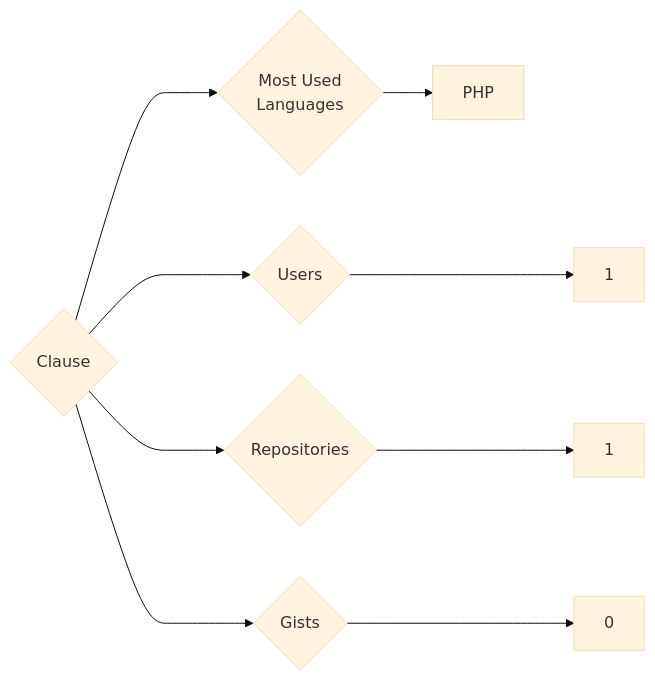
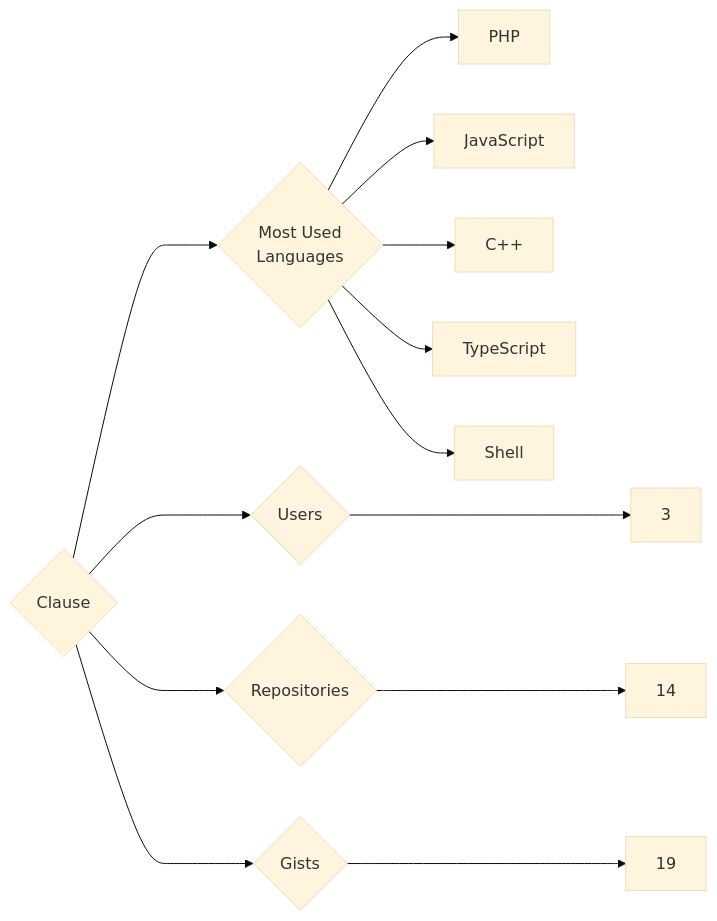
One commit to trickest/insiders changed the diagram in targets/Clause/README.md. Above: the diagram before and after it, drawn with Mermaid (base theme). The commit also changed 951 other files, not shown here.

````diff
--- a/targets/Clause/README.md
+++ b/targets/Clause/README.md
@@ -3,9 +3,13 @@
 ```mermaid
 graph LR
 COMPANY_NAME{Clause}
-COMPANY_NAME ---> U{Users} ---> UN[1]
-COMPANY_NAME ---> R{Repositories} ---> RN[1]
-COMPANY_NAME ---> G{Gists} ---> GN[0]
+COMPANY_NAME ---> U{Users} ---> UN[3]
+COMPANY_NAME ---> R{Repositories} ---> RN[14]
+COMPANY_NAME ---> G{Gists} ---> GN[19]
 COMPANY_NAME ---> ML{Most Used<br>Languages}
-ML --> PHP
+ML --> PHP[PHP]
+ML --> JavaScript[JavaScript]
+ML --> C++[C++]
+ML --> TypeScript[TypeScript]
+ML --> Shell[Shell]
 ```
````
